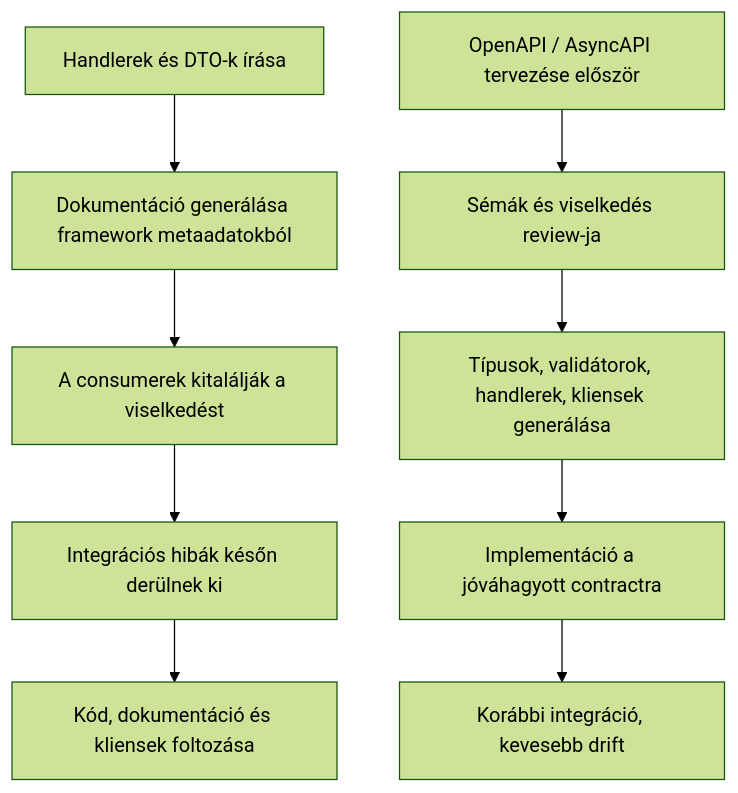
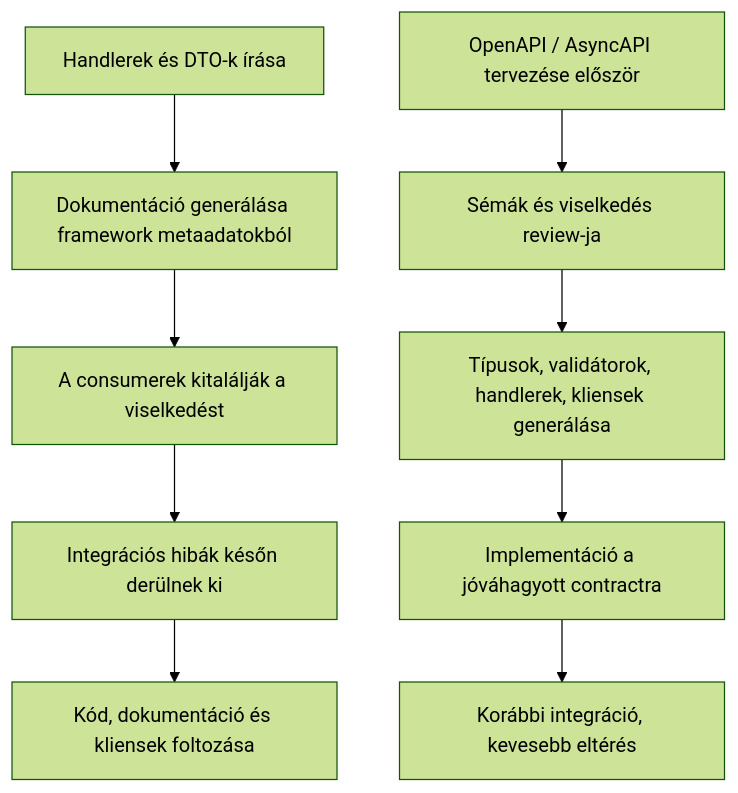
One commit to monad-systems/monad.hu changed the first of 3 diagrams in posts/hu/contract-first-json-schema.md. Above: the diagram before and after it, drawn with Mermaid (forest theme). The commit also changed other lines of this file and 6 other files, not shown here.

````diff
--- a/posts/hu/contract-first-json-schema.md
+++ b/posts/hu/contract-first-json-schema.md
@@ -73,12 +73,12 @@
 ```mermaid
 flowchart TD
     A[Handlerek és DTO-k írása] --> B[Dokumentáció generálása framework metaadatokból]
     B --> C[A consumerek kitalálják a viselkedést]
     C --> D[Integrációs hibák későn derülnek ki]
     D --> E[Kód, dokumentáció és kliensek foltozása]
 
     F[OpenAPI / AsyncAPI tervezése először] --> G[Sémák és viselkedés review-ja]
     G --> H[Típusok, validátorok, handlerek, kliensek generálása]
     H --> I[Implementáció a jóváhagyott contractra]
-    I --> J[Korábbi integráció, kevesebb drift]
+    I --> J[Korábbi integráció, kevesebb eltérés]
 ```
````
